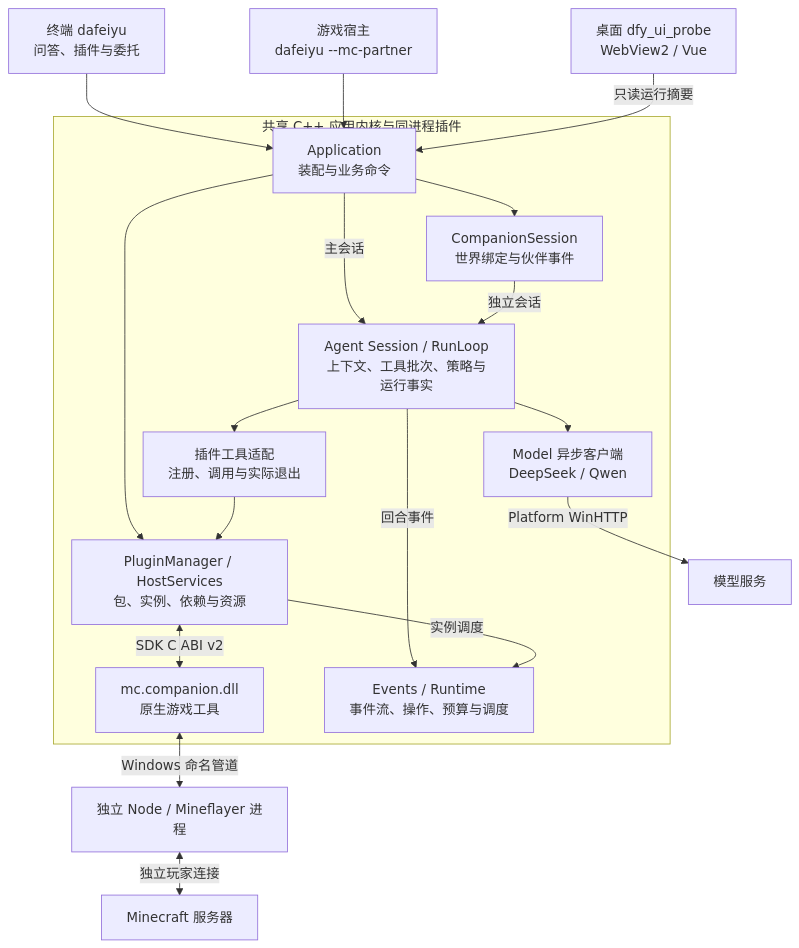
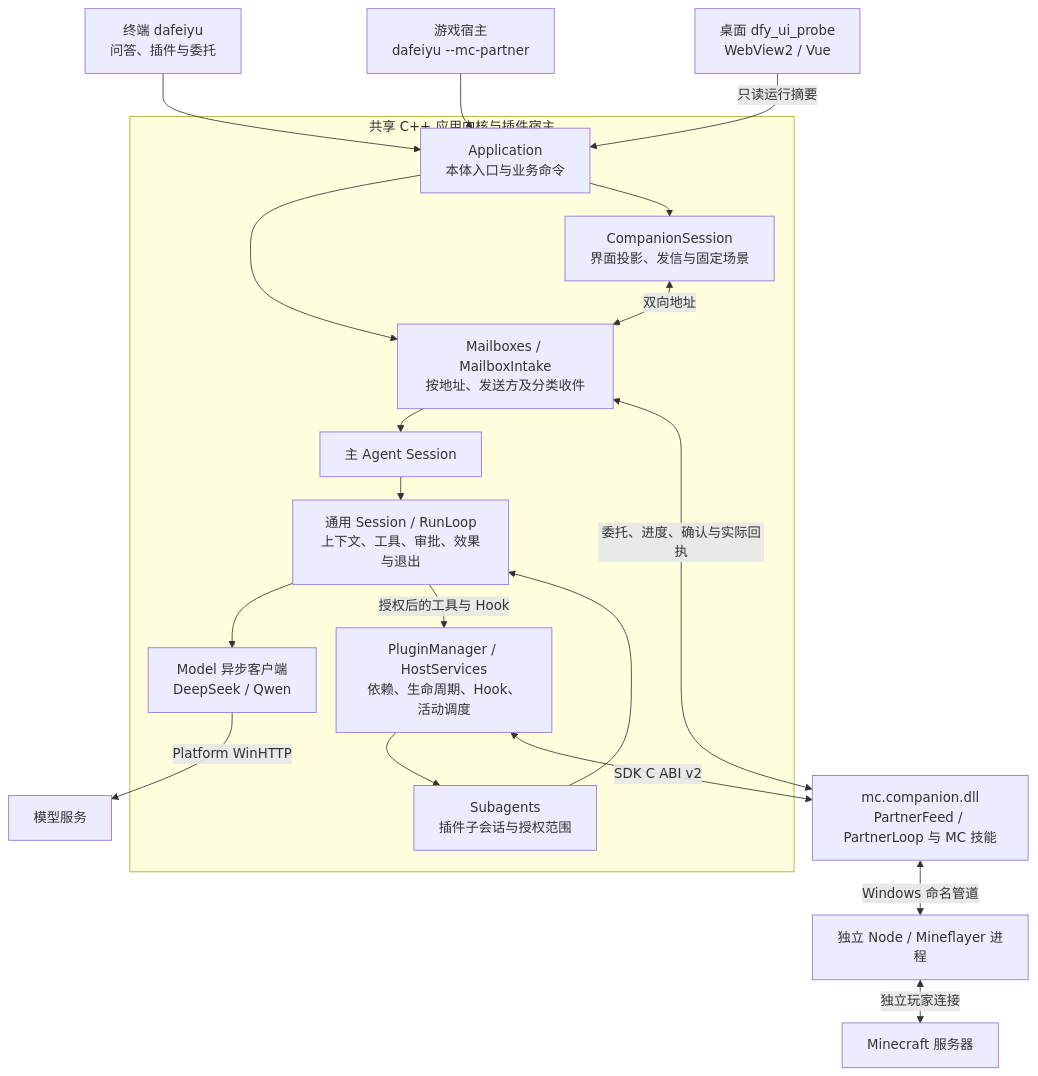
The first of 5 diagrams in docs/architecture.md (AuraKaliya/DaFeiYu-), drawn with Mermaid before and after one commit. The commit also changed other lines of this file and 2 other files, not shown here.

Commit message:
docs: 更新本体插件架构与运行指南
内容
- 按当前源码更新架构图、信箱及实际伙伴流程。
- 记录 SDK 的独立循环、有序字段 Hook 和审批时序。
- 补充主 Agent 的游戏委托、查询及自动和手动确认入口。

````diff
--- a/docs/architecture.md
+++ b/docs/architecture.md
@@ -9,40 +9,42 @@
 ```mermaid
 ---
 config:
   flowchart:
     rankSpacing: 28
     nodeSpacing: 24
 ---
 flowchart TB
     Terminal["终端 dafeiyu<br/>问答、插件与委托"]
     GameHost["游戏宿主<br/>dafeiyu --mc-partner"]
     Gui["桌面 dfy_ui_probe<br/>WebView2 / Vue"]
 
-    subgraph Host["共享 C++ 应用内核与同进程插件"]
-        App["Application<br/>装配与业务命令"]
-        Partner["CompanionSession<br/>世界绑定与伙伴事件"]
-        Agent["Agent Session / RunLoop<br/>上下文、工具批次、策略与运行事实"]
+    subgraph Host["共享 C++ 应用内核与插件宿主"]
+        App["Application<br/>本体入口与业务命令"]
+        Intake["Mailboxes / MailboxIntake<br/>按地址、发送方及分类收件"]
+        Partner["CompanionSession<br/>界面投影、发信与固定场景"]
+        Main["主 Agent Session"]
+        Child["Subagents<br/>插件子会话与授权范围"]
+        Agent["通用 Session / RunLoop<br/>上下文、工具、审批、效果与退出"]
+        Plugins["PluginManager / HostServices<br/>依赖、生命周期、Hook、活动调度"]
         Model["Model 异步客户端<br/>DeepSeek / Qwen"]
-        Tools["插件工具适配<br/>注册、调用与实际退出"]
-        Plugins["PluginManager / HostServices<br/>包、实例、依赖与资源"]
-        Mc["mc.companion.dll<br/>原生游戏工具"]
-        Events["Events / Runtime<br/>事件流、操作、预算与调度"]
-        App -->|主会话| Agent
+        App --> Intake
+        Intake --> Main
         App --> Partner
-        Partner -->|独立会话| Agent
-        App --> Plugins
+        Partner <-->|双向地址| Intake
+        Main --> Agent
+        Child --> Agent
         Agent --> Model
-        Agent --> Tools
-        Agent -->|回合事件| Events
-        Tools --> Plugins
-        Plugins -->|实例调度| Events
-        Plugins <-->|SDK C ABI v2| Mc
+        Agent -->|授权后的工具与 Hook| Plugins
+        Plugins --> Child
     end
+    Mc["mc.companion.dll<br/>PartnerFeed / PartnerLoop 与 MC 技能"]
+    Plugins <-->|SDK C ABI v2| Mc
+    Mc <-->|委托、进度、确认与实际回执| Intake
 
     Terminal --> App
     GameHost --> App
     Gui -->|只读运行摘要| App
     Model -->|Platform WinHTTP| Service["模型服务"]
     Mc <-->|Windows 命名管道| Bridge["独立 Node / Mineflayer 进程"]
     Bridge <-->|独立玩家连接| Minecraft["Minecraft 服务器"]
 ```
````
